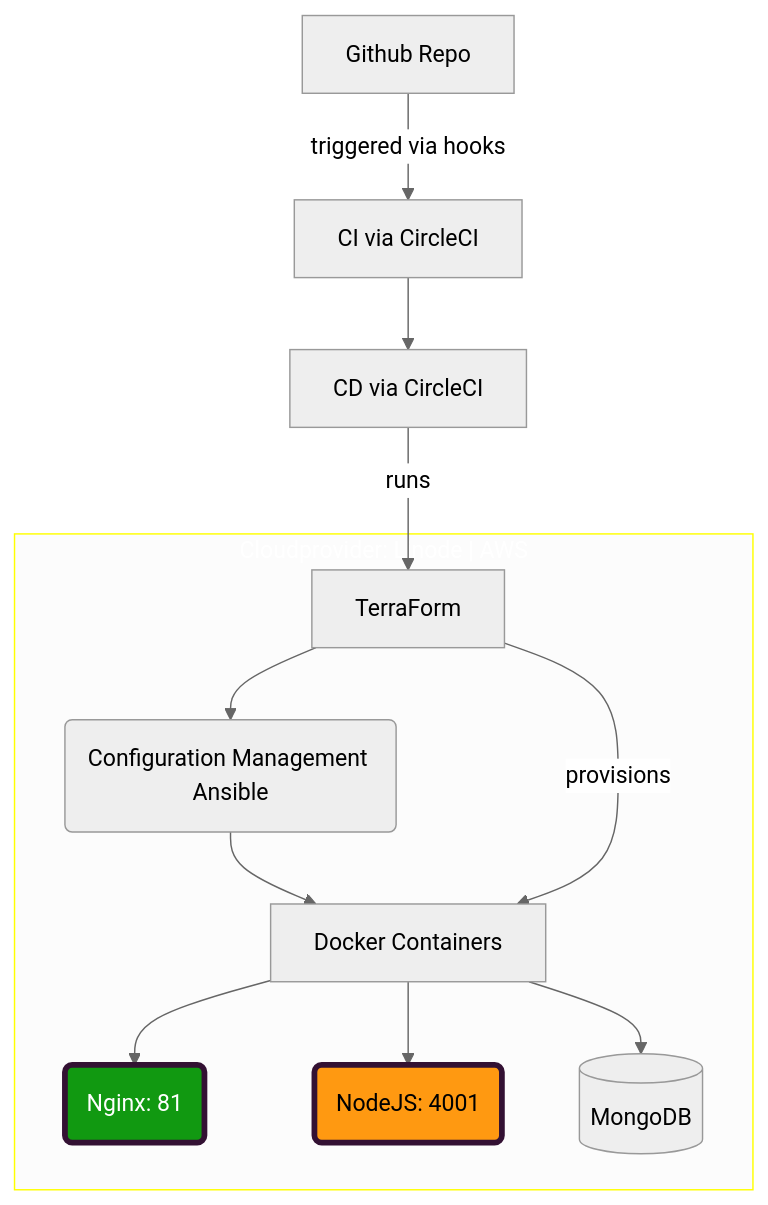
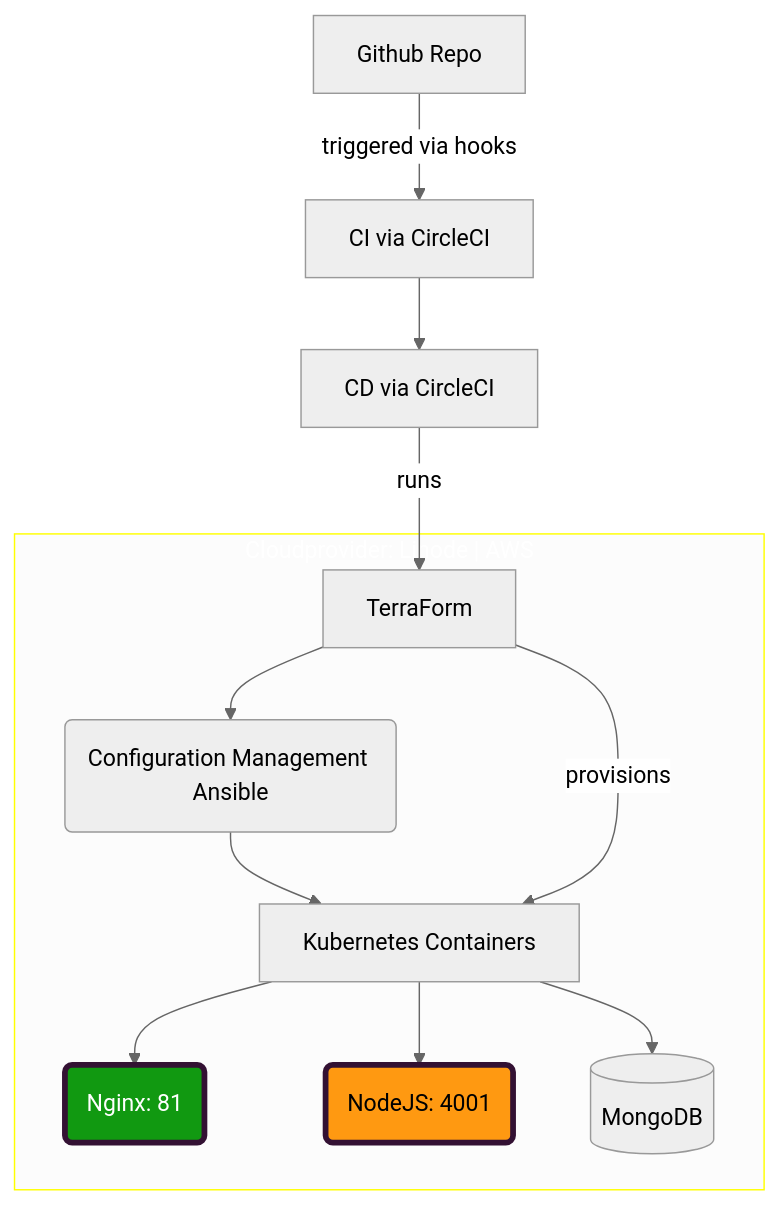
One commit to derrabauke/lecture-devops-app changed the first of 2 diagrams in concept.md. Above: the diagram before and after it, drawn with Mermaid (neutral theme). The commit also changed other lines of this file, not shown here.

````diff
--- a/concept.md
+++ b/concept.md
@@ -25,17 +24,17 @@
 ```mermaid
 graph TB
     GH[Github Repo] -->|triggered via hooks|CI[CI via CircleCI]
     CI-->CD[CD via CircleCI]
     CD-->|runs|T[TerraForm]
     subgraph subID["Cloudprovider: Linode | AWS"]
       T-->A("Configuration Management Ansible")
-      A-->C["Docker Containers"]
+      A-->C["Kubernetes Containers"]
       T-->|provisions|C
       C-->F(Nginx: 81)
       C-->B(NodeJS: 4001)
       C-->DB[(MongoDB)]
     end
     style subID color:white,fill:#f9ff9,stroke:yellow
     style B color:black,fill:#f91,stroke:#313,stroke-width:4px
     style F color:white,fill:#191,stroke:#313,stroke-width:4px
 ```
````
